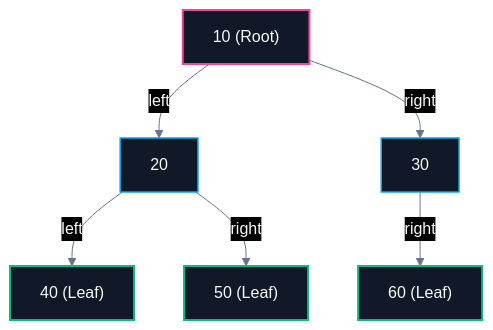
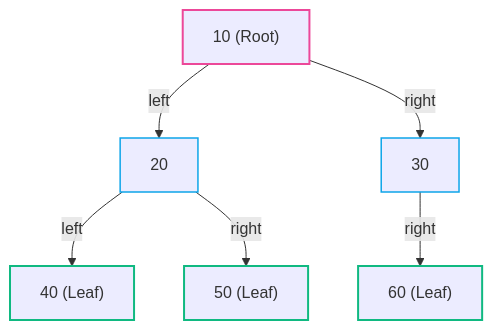
Before and after one commit to abhinavbharti2345/CS_Notes: the fifth of 8 diagrams in CS/DSA/07. Trees & BSTs/01. Binary Tree Fundamentals.md, drawn with Mermaid. The commit also changed other lines of this file and 91 other files, not shown here.

````diff
--- a/CS/DSA/07. Trees & BSTs/01. Binary Tree Fundamentals.md
+++ b/CS/DSA/07. Trees & BSTs/01. Binary Tree Fundamentals.md
@@ -212,23 +207,22 @@
 ```mermaid
-%%{init: {'theme': 'base', 'themeVariables': { 'darkMode': true, 'background': '#0B0F14', 'mainBkg': '#111827', 'primaryColor': '#111827', 'primaryTextColor': '#F8FAFC', 'primaryBorderColor': '#38BDF8', 'lineColor': '#64748B', 'secondaryColor': '#0B0F14', 'tertiaryColor': '#0B0F14', 'clusterBkg': '#0B0F14', 'clusterBorder': '#38BDF8' }}}%%
 flowchart TD
     R["10 (Root)"]
     N20["20"]
     N30["30"]
     N40["40 (Leaf)"]
     N50["50 (Leaf)"]
     N60["60 (Leaf)"]
 
     R -->|left| N20
     R -->|right| N30
     N20 -->|left| N40
     N20 -->|right| N50
     N30 -->|right| N60
 
-    classDef rootStyle fill:#111827,stroke:#ec4899,stroke-width:2px,color:#F8FAFC;
-    classDef leafStyle fill:#111827,stroke:#10b981,stroke-width:2px,color:#F8FAFC;
-    classDef defaultStyle fill:#111827,stroke:#0ea5e9,stroke-width:1.5px,color:#F8FAFC;
+    classDef rootStyle stroke:#ec4899,stroke-width:2px;
+    classDef leafStyle stroke:#10b981,stroke-width:2px;
+    classDef defaultStyle stroke:#0ea5e9,stroke-width:1.5px;
     class R rootStyle;
     class N40,N50,N60 leafStyle;
     class N20,N30 defaultStyle;
 ```
````
